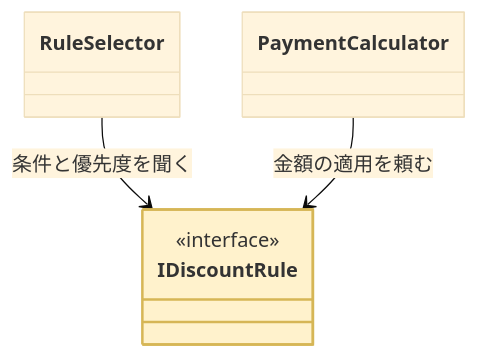
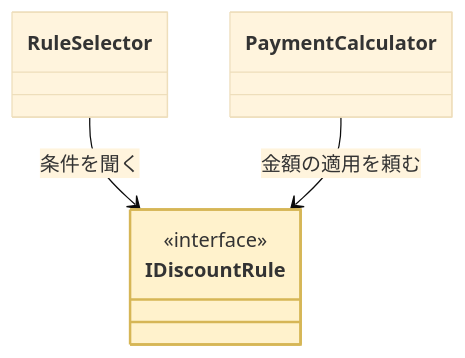
Before and after one commit to kumachan1101-pixel/DesignPattern: the ninth of 17 diagrams in kindle/design-patterns/output/chapter01.md, drawn with Mermaid (base theme). The commit also changed other lines of this file and 28 other files, not shown here.

Commit message:
docs: simplify phase 6 design flow

````diff
--- a/kindle/design-patterns/output/chapter01.md
+++ b/kindle/design-patterns/output/chapter01.md
@@ -1699,10 +1633,10 @@
 ```mermaid
 classDiagram
     class RuleSelector
     class PaymentCalculator
     class IDiscountRule { <<interface>> }
-    RuleSelector --> IDiscountRule : 条件と優先度を聞く
+    RuleSelector --> IDiscountRule : 条件を聞く
     PaymentCalculator --> IDiscountRule : 金額の適用を頼む
     class IDiscountRule:::focus
     classDef focus fill:#FFF2CC,stroke:#D6B656,stroke-width:2px
 ```
````
